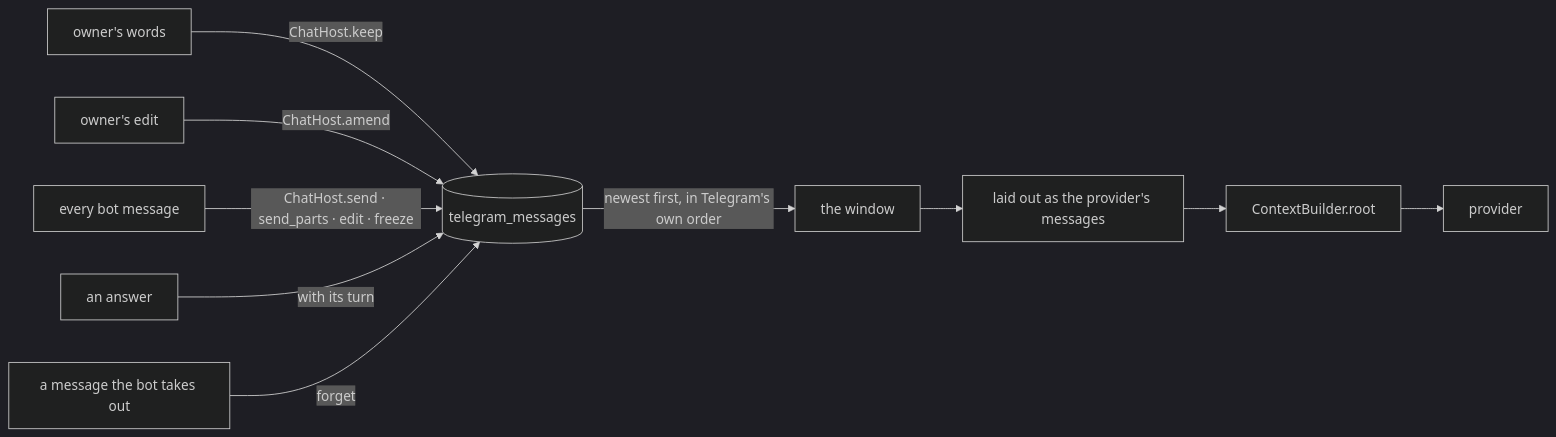
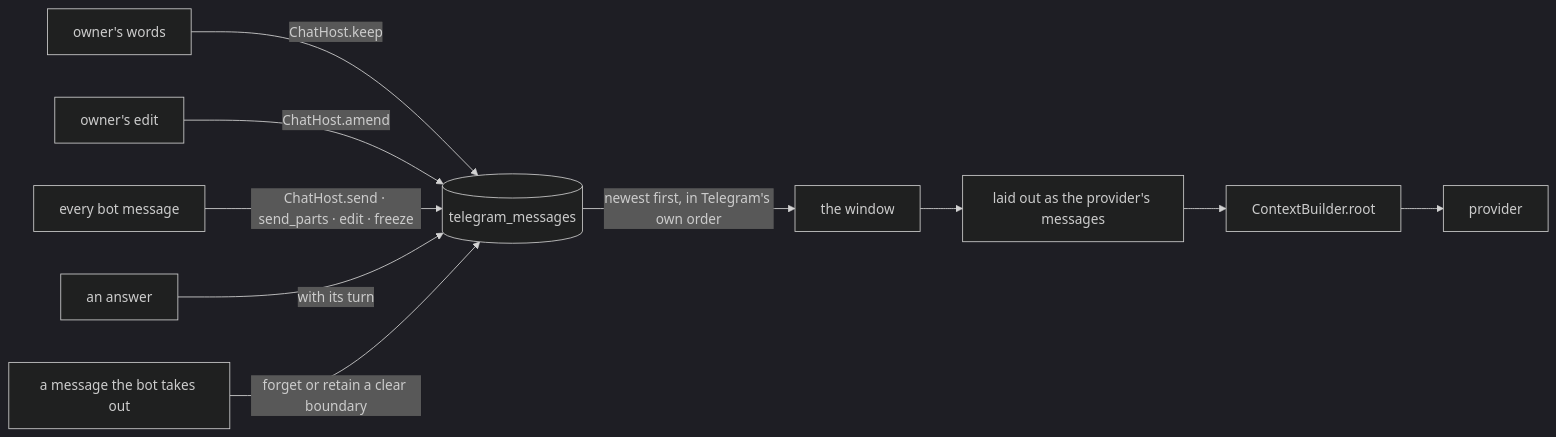
Before and after one commit to myvaheed/tg-ai-safwa: the diagram in docs/LLM_HISTORY.md, drawn with Mermaid (dark theme). The commit also changed other lines of this file and 15 other files, not shown here.

Commit message:
v9.146 remove Home when opening another UI and preserve the clear boundary

````diff
--- a/docs/LLM_HISTORY.md
+++ b/docs/LLM_HISTORY.md
@@ -8,12 +8,12 @@
 ```mermaid
 flowchart LR
     OWN[owner's words] -->|ChatHost.keep| T[(telegram_messages)]
     EDIT[owner's edit] -->|ChatHost.amend| T
     BOT[every bot message] -->|ChatHost.send · send_parts · edit · freeze| T
     ANS[an answer] -->|with its turn| T
-    GONE[a message the bot takes out] -->|forget| T
+    GONE[a message the bot takes out] -->|forget or retain a clear boundary| T
     T -->|newest first, in Telegram's own order| W[the window]
     W --> L[laid out as the provider's messages]
     L --> C[ContextBuilder.root]
     C --> P[provider]
 ```
````
